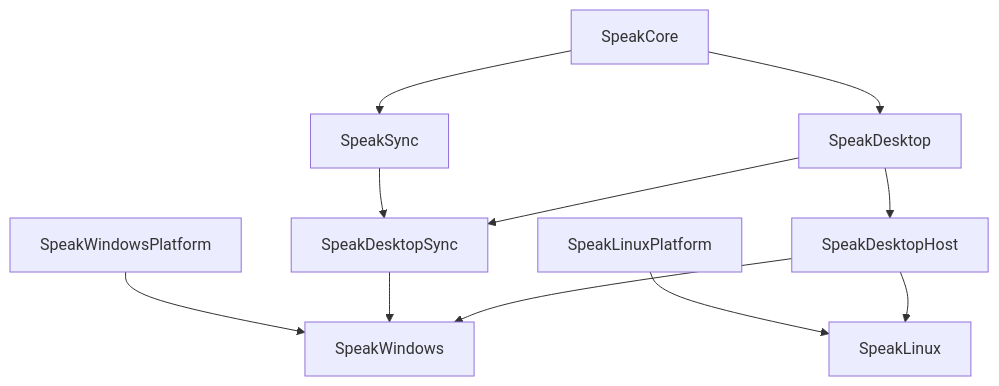
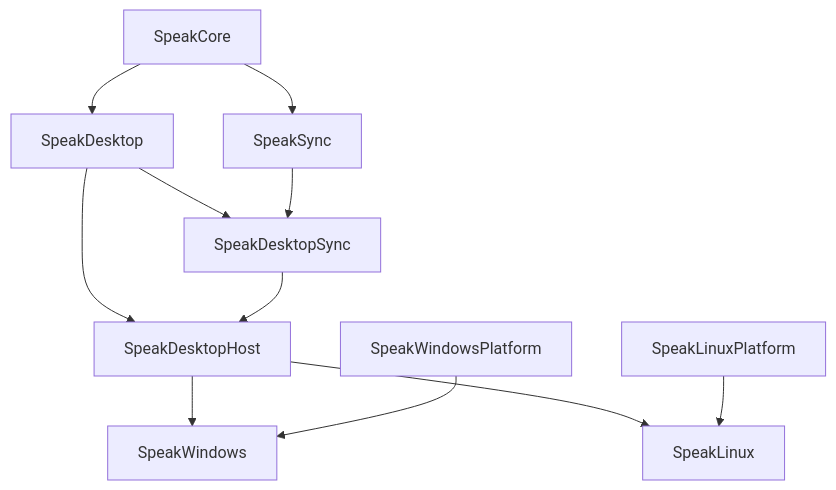
The second of 2 diagrams in Docs/Architecture.md (crmitchelmore/justspeaktoit), drawn with Mermaid before and after one commit. The commit also changed other lines of this file, not shown here.

First line of the commit message:
docs: record the shared Read aloud, on-device and sync flows in the architecture map

````diff
--- a/Docs/Architecture.md
+++ b/Docs/Architecture.md
@@ -107,13 +107,13 @@
 ```mermaid
 flowchart TD
     Core[SpeakCore] --> Desktop[SpeakDesktop]
     Core --> Sync[SpeakSync]
     Desktop --> DesktopSync[SpeakDesktopSync]
     Sync --> DesktopSync
     Desktop --> Host[SpeakDesktopHost]
+    DesktopSync --> Host
     Host --> Windows[SpeakWindows]
     Host --> Linux[SpeakLinux]
-    DesktopSync --> Windows
     WinPlatform[SpeakWindowsPlatform] --> Windows
     LinuxPlatform[SpeakLinuxPlatform] --> Linux
 ```
````
